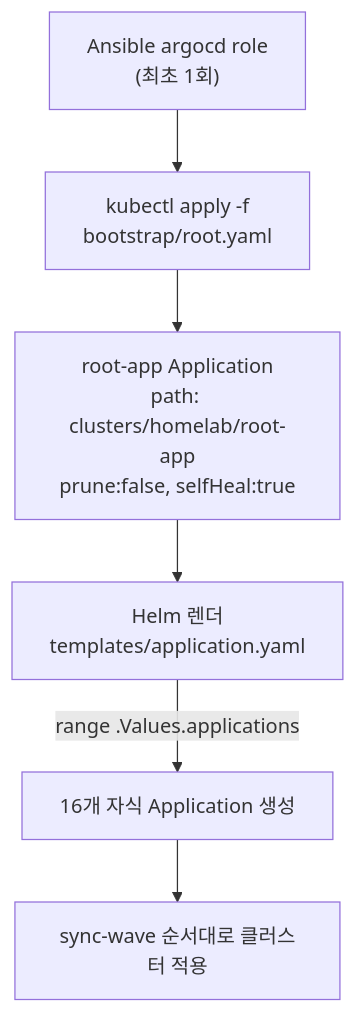
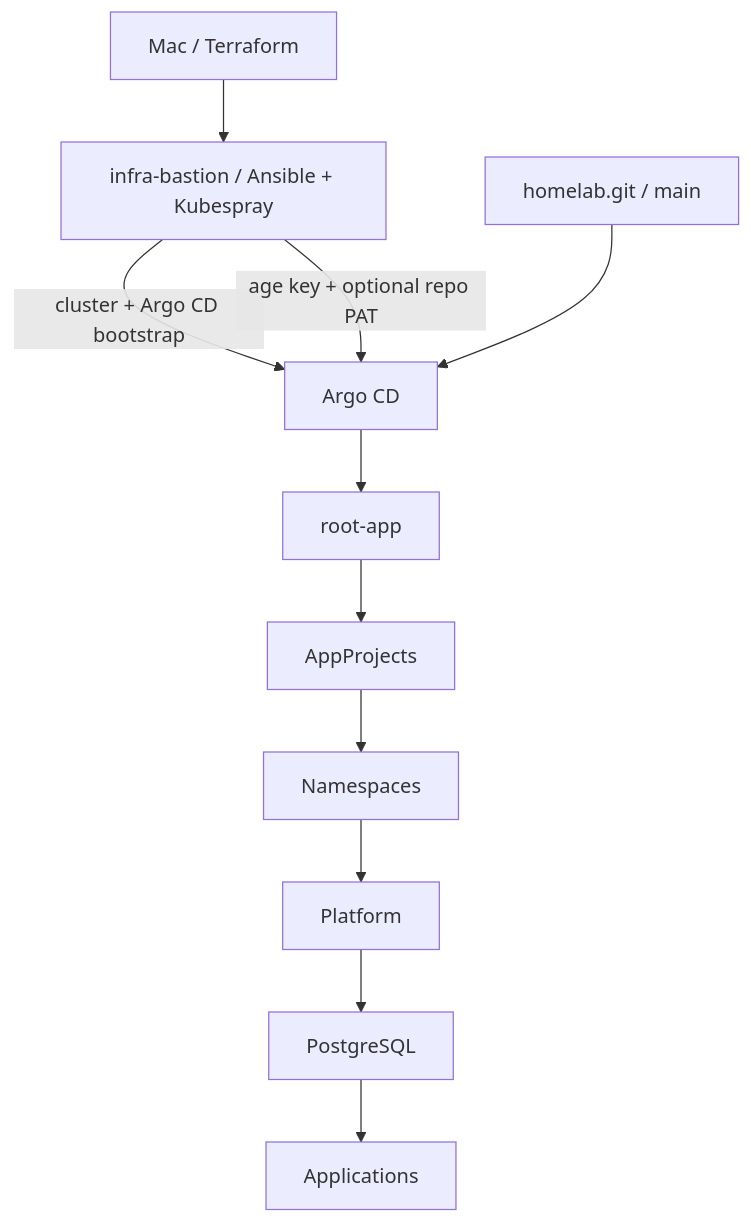
The first of 4 diagrams in docs/gitops-architecture.md (hweyoung/homelab), drawn with Mermaid before and after one commit. The commit also changed other lines of this file and 10 other files, not shown here.

````diff
--- a/docs/gitops-architecture.md
+++ b/docs/gitops-architecture.md
@@ -28,8 +8,9 @@
 ```mermaid
-flowchart TD
-    A["Ansible argocd role<br/>(최초 1회)"] --> B["kubectl apply -f<br/>bootstrap/root.yaml"]
-    B --> C["root-app Application<br/>path: clusters/homelab/root-app<br/>prune:false, selfHeal:true"]
-    C --> D["Helm 렌더<br/>templates/application.yaml"]
-    D -->|"range .Values.applications"| E["16개 자식 Application 생성"]
-    E --> F["sync-wave 순서대로 클러스터 적용"]
+flowchart TB
+    TF["Mac / Terraform"] --> AN["infra-bastion / Ansible + Kubespray"]
+    AN -->|"cluster + Argo CD bootstrap"| ARGO["Argo CD"]
+    AN -->|"age key + optional repo PAT"| ARGO
+    GIT["homelab.git / main"] --> ARGO --> ROOT["root-app"]
+    ROOT --> PROJECTS["AppProjects"] --> NS["Namespaces"]
+    NS --> PLATFORM["Platform"] --> DB["PostgreSQL"] --> APPS["Applications"]
 ```
````
